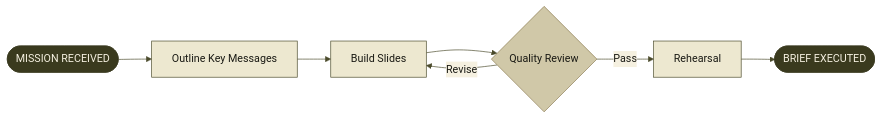
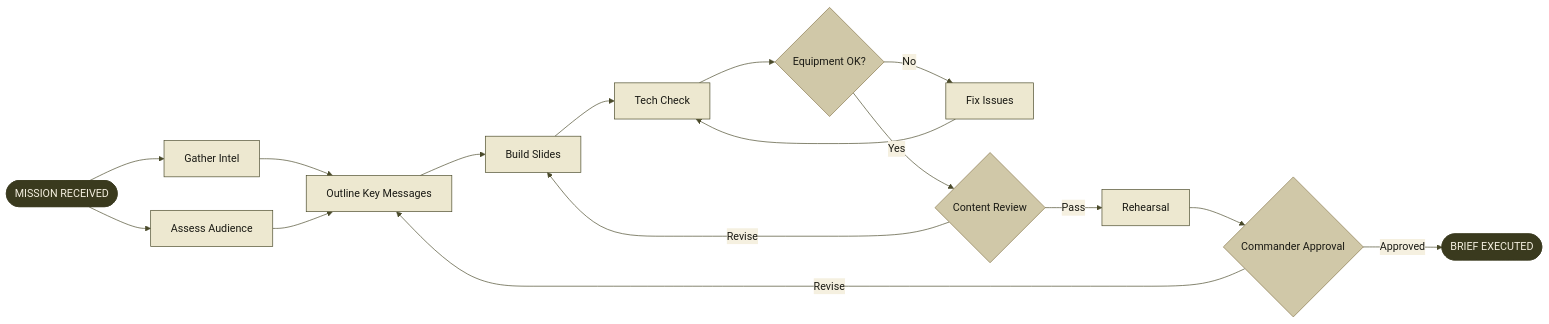
One commit to pjdoland/slidev-theme-field-manual changed the first of 3 diagrams in example.md. Above: the diagram before and after it, drawn with Mermaid. The commit also changed other lines of this file and 2 other files, not shown here.

Commit message:
feat: parenthesized list markers, TOC dot leader fix, expanded flowchart
- Style ordered lists with (n) markers in body font instead of small mono 01. format
- Fix TOC dot leaders by swapping grid columns (title: auto, leaders: 1fr) and lightening dot color to --c-khaki-pale
- Expand slide 25 mermaid flowchart from 6 to 12 nodes with parallel paths, three decision points, and multiple feedback loops
- Replace Bradley quote on slide 19 with Gen. Jack D. Ripper

````diff
--- a/example.md
+++ b/example.md
@@ -842,16 +842,25 @@
 ```mermaid
 %%{init: {'theme': 'base', 'flowchart': {'useMaxWidth': true}, 'themeVariables': {'background': '#f5f0e0', 'primaryColor': '#ede8d0', 'primaryTextColor': '#1a1a14', 'primaryBorderColor': '#8a7a50', 'lineColor': '#4a4a2a', 'titleColor': '#3a3a1e', 'edgeLabelBackground': '#f5f0e0'}}}%%
 flowchart LR
-    A([MISSION RECEIVED]) --> B[Outline Key Messages]
-    B --> C[Build Slides]
-    C --> D{Quality Review}
-    D -- Pass --> E[Rehearsal]
-    D -- Revise --> C
-    E --> F([BRIEF EXECUTED])
+    A([MISSION RECEIVED]) --> B[Gather Intel]
+    A --> C[Assess Audience]
+    B --> D[Outline Key Messages]
+    C --> D
+    D --> E[Build Slides]
+    E --> F[Tech Check]
+    F --> G{Equipment OK?}
+    G -- No --> H[Fix Issues]
+    H --> F
+    G -- Yes --> I{Content Review}
+    I -- Revise --> E
+    I -- Pass --> J[Rehearsal]
+    J --> K{Commander Approval}
+    K -- Revise --> D
+    K -- Approved --> L([BRIEF EXECUTED])
     classDef terminal fill:#3a3a1e,stroke:#3a3a1e,color:#f5f0e0
     classDef step fill:#ede8d0,stroke:#4a4a2a,color:#1a1a14
     classDef decision fill:#d0c8a8,stroke:#8a7a50,color:#1a1a14
-    class A,F terminal
-    class B,C,E step
-    class D decision
+    class A,L terminal
+    class B,C,D,E,F,H,J step
+    class G,I,K decision
 ```
````
